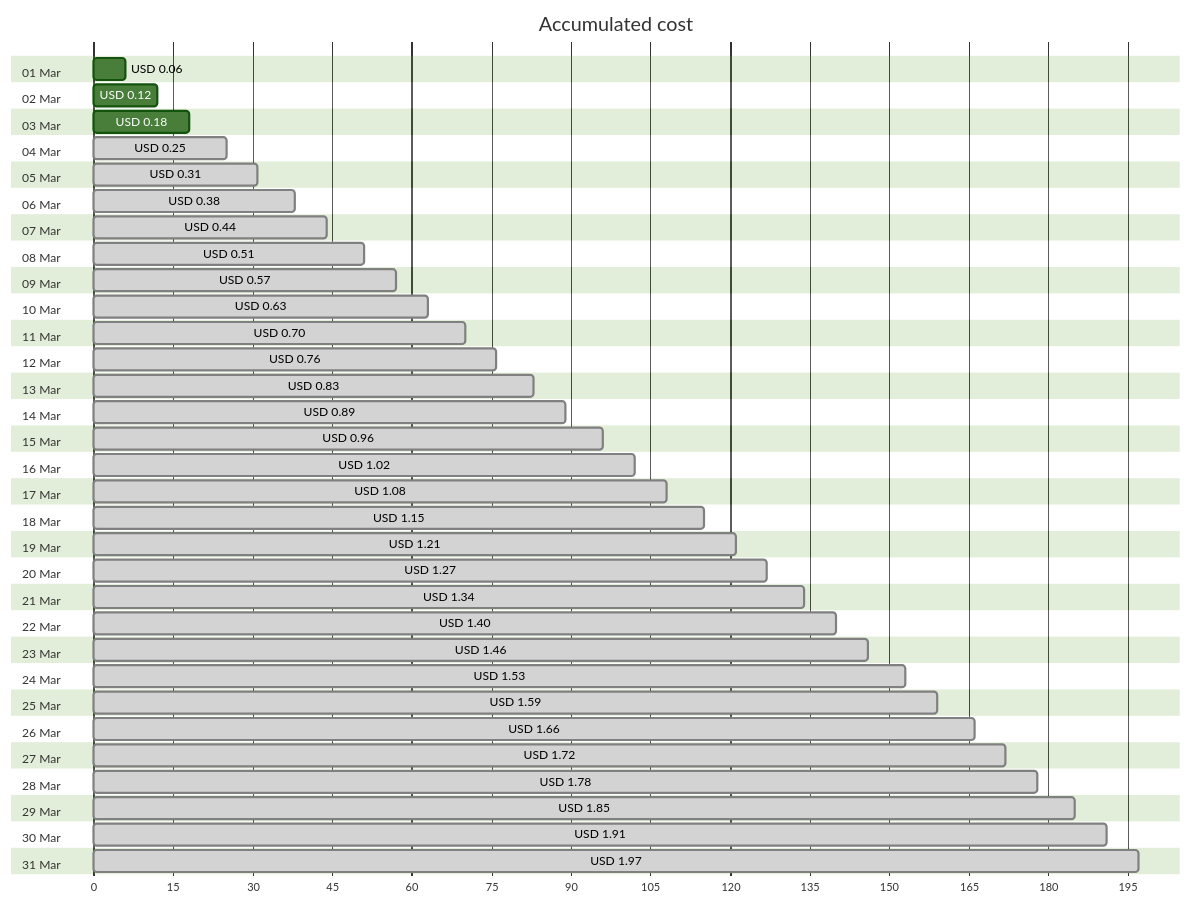
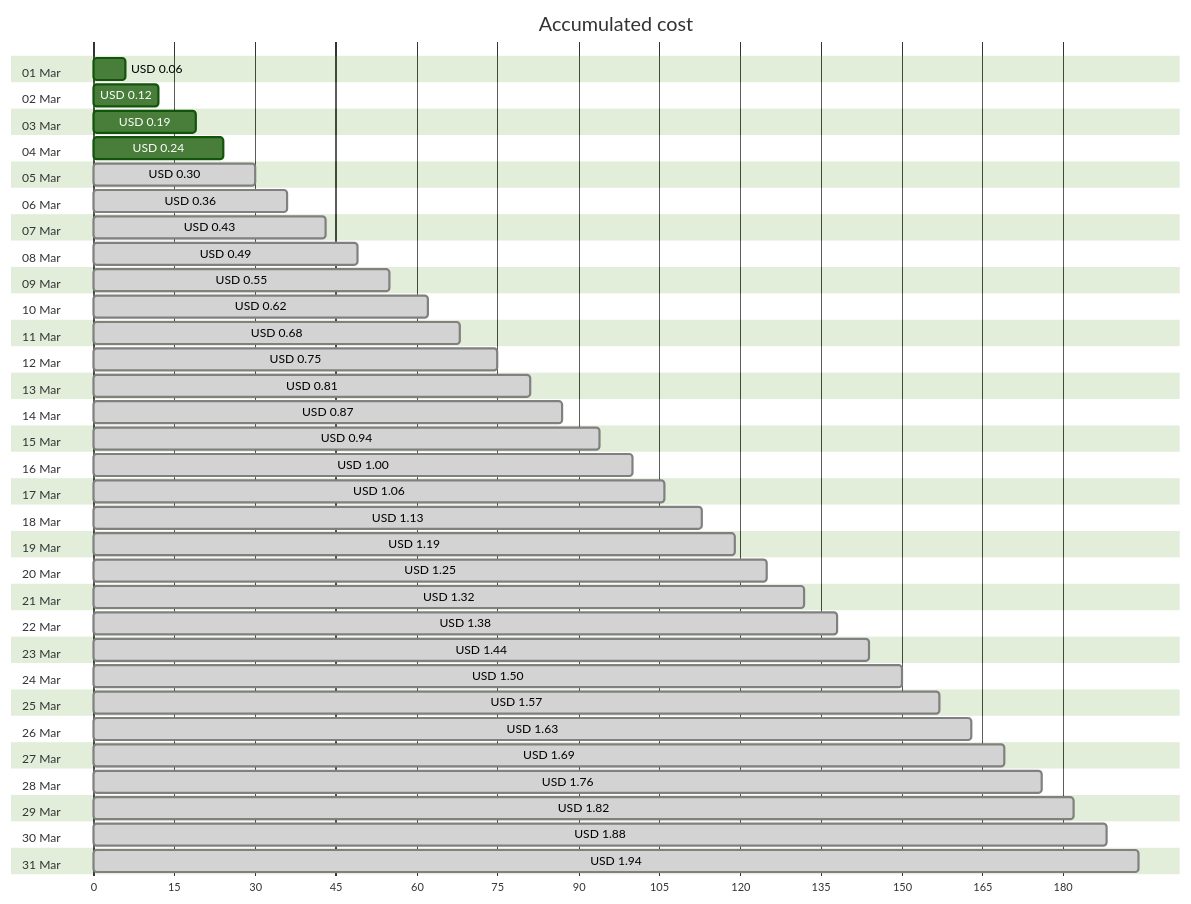
One commit to jpfulton/azure-personal-reports changed the first of 4 diagrams in cost-reports/personal-network/vpn-server_OsDisk.md. Above: the diagram before and after it, drawn with Mermaid (forest theme). The commit also changed other lines of this file and 8 other files, not shown here.

````diff
--- a/cost-reports/personal-network/vpn-server_OsDisk.md
+++ b/cost-reports/personal-network/vpn-server_OsDisk.md
@@ -20,68 +20,68 @@
 ```mermaid
 gantt
    title Accumulated cost
    dateFormat  X
    axisFormat %s
    section 01 Mar
    USD 0.06 :0, 6
    section 02 Mar
    USD 0.12 :0, 12
    section 03 Mar
-   USD 0.18 :0, 18
+   USD 0.19 :0, 19
    section 04 Mar
-   USD 0.25 : done, 0, 25
+   USD 0.24 :0, 24
    section 05 Mar
-   USD 0.31 : done, 0, 31
+   USD 0.30 : done, 0, 30
    section 06 Mar
-   USD 0.38 : done, 0, 38
+   USD 0.36 : done, 0, 36
    section 07 Mar
-   USD 0.44 : done, 0, 44
+   USD 0.43 : done, 0, 43
    section 08 Mar
-   USD 0.51 : done, 0, 51
+   USD 0.49 : done, 0, 49
    section 09 Mar
-   USD 0.57 : done, 0, 57
+   USD 0.55 : done, 0, 55
    section 10 Mar
-   USD 0.63 : done, 0, 63
+   USD 0.62 : done, 0, 62
    section 11 Mar
-   USD 0.70 : done, 0, 70
+   USD 0.68 : done, 0, 68
    section 12 Mar
-   USD 0.76 : done, 0, 76
+   USD 0.75 : done, 0, 75
    section 13 Mar
-   USD 0.83 : done, 0, 83
+   USD 0.81 : done, 0, 81
    section 14 Mar
-   USD 0.89 : done, 0, 89
+   USD 0.87 : done, 0, 87
    section 15 Mar
-   USD 0.96 : done, 0, 96
+   USD 0.94 : done, 0, 94
    section 16 Mar
-   USD 1.02 : done, 0, 102
+   USD 1.00 : done, 0, 100
    section 17 Mar
-   USD 1.08 : done, 0, 108
+   USD 1.06 : done, 0, 106
    section 18 Mar
-   USD 1.15 : done, 0, 115
+   USD 1.13 : done, 0, 113
    section 19 Mar
-   USD 1.21 : done, 0, 121
+   USD 1.19 : done, 0, 119
    section 20 Mar
-   USD 1.27 : done, 0, 127
+   USD 1.25 : done, 0, 125
    section 21 Mar
-   USD 1.34 : done, 0, 134
+   USD 1.32 : done, 0, 132
    section 22 Mar
-   USD 1.40 : done, 0, 140
+   USD 1.38 : done, 0, 138
    section 23 Mar
-   USD 1.46 : done, 0, 146
+   USD 1.44 : done, 0, 144
    section 24 Mar
-   USD 1.53 : done, 0, 153
+   USD 1.50 : done, 0, 150
    section 25 Mar
-   USD 1.59 : done, 0, 159
+   USD 1.57 : done, 0, 157
    section 26 Mar
-   USD 1.66 : done, 0, 166
+   USD 1.63 : done, 0, 163
    section 27 Mar
-   USD 1.72 : done, 0, 172
+   USD 1.69 : done, 0, 169
    section 28 Mar
-   USD 1.78 : done, 0, 178
+   USD 1.76 : done, 0, 176
    section 29 Mar
-   USD 1.85 : done, 0, 185
+   USD 1.82 : done, 0, 182
    section 30 Mar
-   USD 1.91 : done, 0, 191
+   USD 1.88 : done, 0, 188
    section 31 Mar
-   USD 1.97 : done, 0, 197
+   USD 1.94 : done, 0, 194
 ```
````
